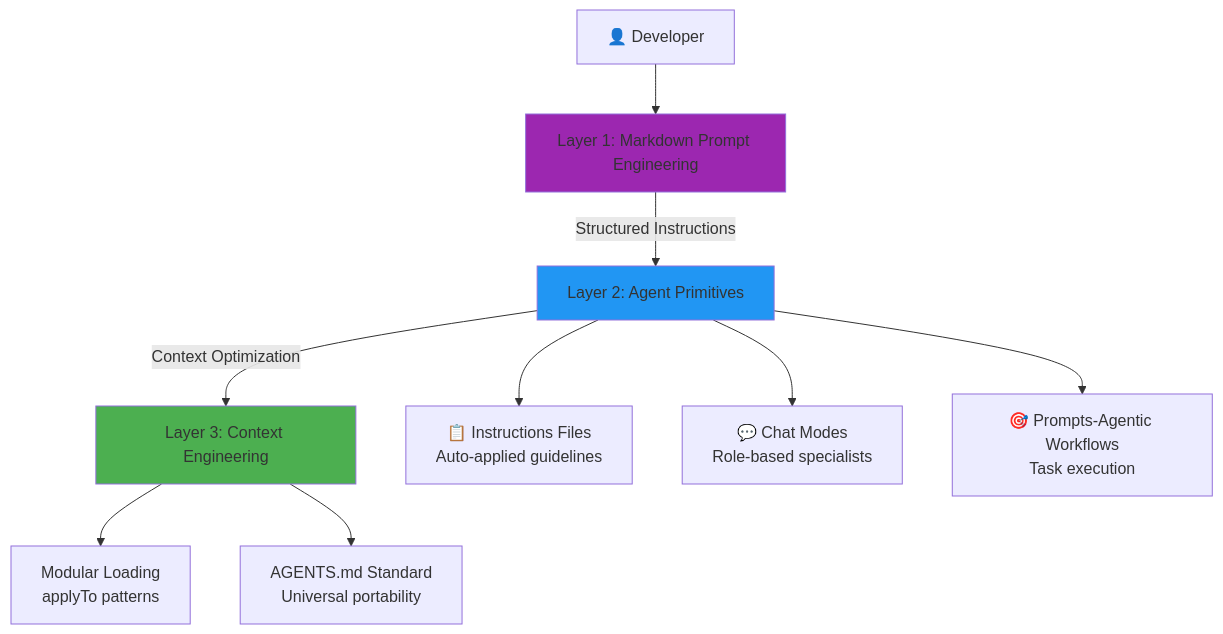
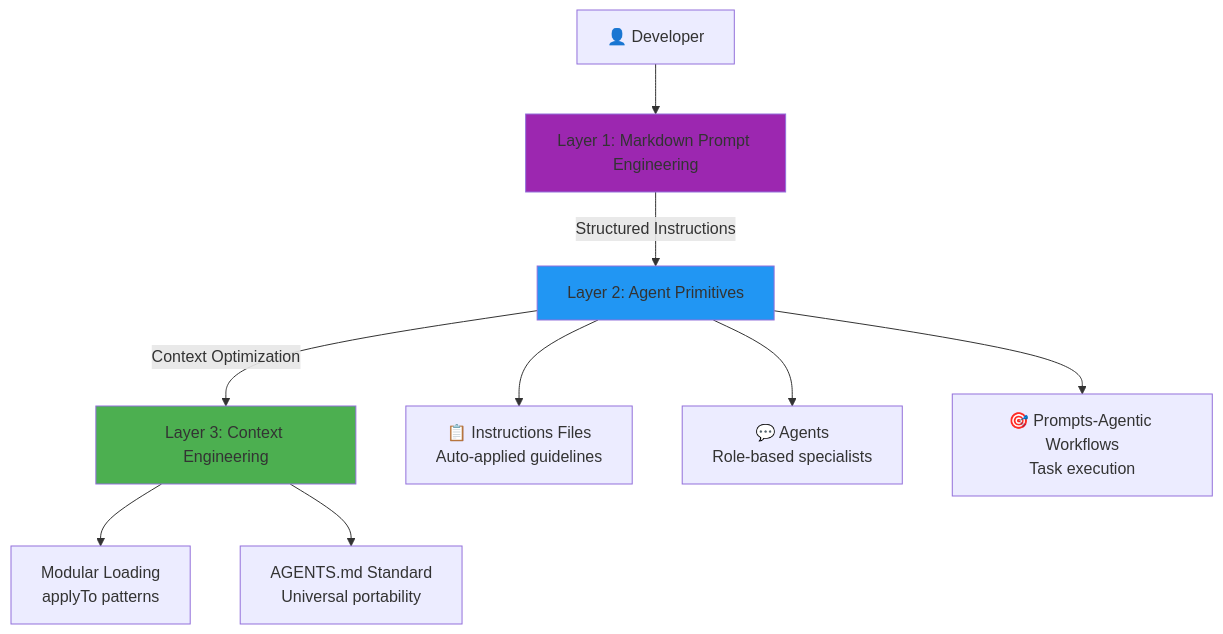
The diagram in docs/framework/overview.md (javiarmesto/AL-Development-Collection-for-GitHub-Copilot), drawn with Mermaid before and after one commit. The commit also changed 46 other files, not shown here.

````diff
--- a/docs/framework/overview.md
+++ b/docs/framework/overview.md
@@ -7,17 +7,17 @@
 ```mermaid
 graph TB
     Dev[👤 Developer] --> Layer1[Layer 1: Markdown Prompt Engineering]
     Layer1 --> |Structured Instructions| Layer2[Layer 2: Agent Primitives]
     Layer2 --> |Context Optimization| Layer3[Layer 3: Context Engineering]
     
     Layer2 --> Instructions[📋 Instructions Files<br/>Auto-applied guidelines]
-    Layer2 --> ChatModes[💬 Chat Modes<br/>Role-based specialists]
+    Layer2 --> Agents[💬 Agents<br/>Role-based specialists]
     Layer2 --> Prompts[🎯 Prompts-Agentic Workflows<br/>Task execution]
     
     Layer3 --> Modular[Modular Loading<br/>applyTo patterns]
     Layer3 --> AGENTSMD[AGENTS.md Standard<br/>Universal portability]
     
     style Layer1 fill:#9C27B0
     style Layer2 fill:#2196F3
     style Layer3 fill:#4CAF50
 ```
````
